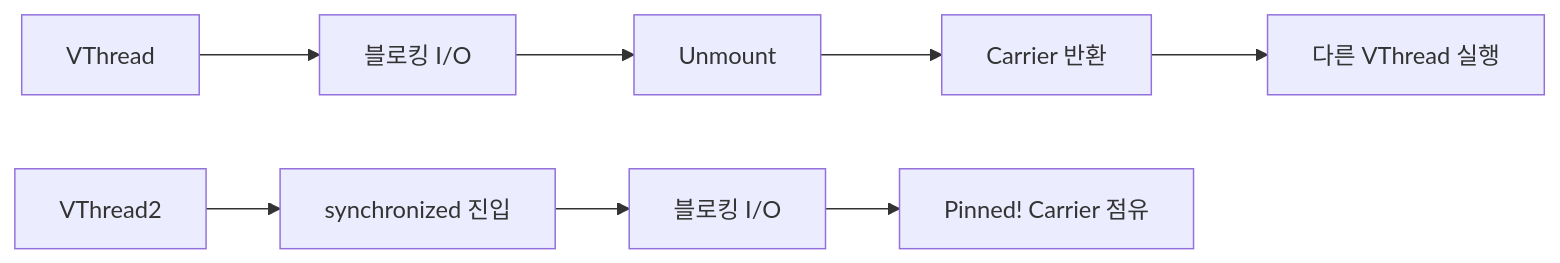
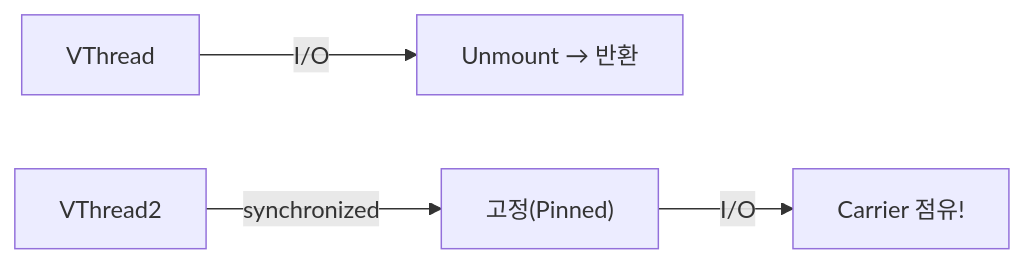
One commit to yjkim2015/yjkim2015.github.io changed the sixth of 7 diagrams in _posts/java/2026-05-01-java-virtual-thread.md. Above: the diagram before and after it, drawn with Mermaid. The commit also changed other lines of this file and 163 other files, not shown here.

First line of the commit message:
Mermaid 300개 블록 내용 축소: 5노드 5엣지 이하, 의미 있는 약어

````diff
--- a/_posts/java/2026-05-01-java-virtual-thread.md
+++ b/_posts/java/2026-05-01-java-virtual-thread.md
@@ -384,10 +379,6 @@
 ```mermaid
 graph LR
-  V1[VThread] --> BIO[블로킹 I/O]
-  BIO --> UM[Unmount]
-  UM --> RET[Carrier 반환]
-  RET --> OV[다른 VThread 실행]
-  V2[VThread2] --> SYN[synchronized 진입]
-  SYN --> BIO2[블로킹 I/O]
-  BIO2 --> PINNED["Pinned! Carrier 점유"]
+    V1["VThread"] -->|I/O| UM["Unmount → 반환"]
+    V2["VThread2"] -->|synchronized| SYN["고정(Pinned)"]
+    SYN -->|I/O| PINNED["Carrier 점유!"]
 ```
````
